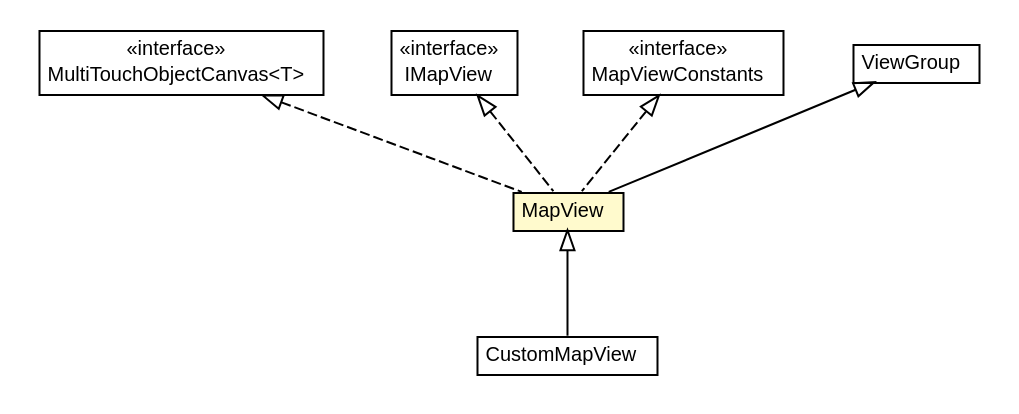
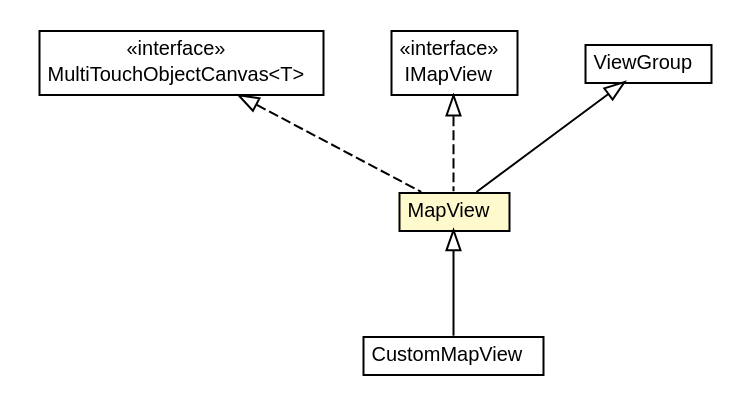
The diagram in javadocAll/org/osmdroid/views/MapView.dot (osmdroid/osmdroid), drawn with Graphviz before and after one commit. The commit also changed 5968 other files, not shown here.

```diff
--- a/javadocAll/org/osmdroid/views/MapView.dot
+++ b/javadocAll/org/osmdroid/views/MapView.dot
@@ -1,61 +1,52 @@
 #!/usr/local/bin/dot
 #
 # Class diagram 
 # Generated by UMLGraph version R5_6-24-gf6e263 (http://www.umlgraph.org/)
 #
 
 digraph G {
 	edge [fontname="arial",fontsize=10,labelfontname="arial",labelfontsize=10];
 	node [fontname="arial",fontsize=10,shape=plaintext];
 	nodesep=0.25;
 	ranksep=0.5;
 	// org.osmdroid.samplefragments.layouts.CustomMapView
-	c89007 [label=<<table title="org.osmdroid.samplefragments.layouts.CustomMapView" border="0" cellborder="1" cellspacing="0" cellpadding="2" port="p" href="../samplefragments/layouts/CustomMapView.html">
+	c149226 [label=<<table title="org.osmdroid.samplefragments.layouts.CustomMapView" border="0" cellborder="1" cellspacing="0" cellpadding="2" port="p" href="../samplefragments/layouts/CustomMapView.html">
 		<tr><td><table border="0" cellspacing="0" cellpadding="1">
 <tr><td align="center" balign="center"> CustomMapView </td></tr>
 		</table></td></tr>
 		</table>>, URL="../samplefragments/layouts/CustomMapView.html", fontname="arial", fontcolor="black", fontsize=10.0];
 	// org.metalev.multitouch.controller.MultiTouchController.MultiTouchObjectCanvas<T>
-	c89066 [label=<<table title="org.metalev.multitouch.controller.MultiTouchController.MultiTouchObjectCanvas" border="0" cellborder="1" cellspacing="0" cellpadding="2" port="p" href="../../metalev/multitouch/controller/MultiTouchController.MultiTouchObjectCanvas.html">
+	c149311 [label=<<table title="org.metalev.multitouch.controller.MultiTouchController.MultiTouchObjectCanvas" border="0" cellborder="1" cellspacing="0" cellpadding="2" port="p" href="../../metalev/multitouch/controller/MultiTouchController.MultiTouchObjectCanvas.html">
 		<tr><td><table border="0" cellspacing="0" cellpadding="1">
 <tr><td align="center" balign="center"> &#171;interface&#187; </td></tr>
 <tr><td align="center" balign="center"> MultiTouchObjectCanvas&lt;T&gt; </td></tr>
 		</table></td></tr>
 		</table>>, URL="../../metalev/multitouch/controller/MultiTouchController.MultiTouchObjectCanvas.html", fontname="arial", fontcolor="black", fontsize=10.0];
 	// org.osmdroid.api.IMapView
-	c89069 [label=<<table title="org.osmdroid.api.IMapView" border="0" cellborder="1" cellspacing="0" cellpadding="2" port="p" href="../api/IMapView.html">
+	c149314 [label=<<table title="org.osmdroid.api.IMapView" border="0" cellborder="1" cellspacing="0" cellpadding="2" port="p" href="../api/IMapView.html">
 		<tr><td><table border="0" cellspacing="0" cellpadding="1">
 <tr><td align="center" balign="center"> &#171;interface&#187; </td></tr>
 <tr><td align="center" balign="center"> IMapView </td></tr>
 		</table></td></tr>
 		</table>>, URL="../api/IMapView.html", fontname="arial", fontcolor="black", fontsize=10.0];
 	// org.osmdroid.views.MapView
-	c89170 [label=<<table title="org.osmdroid.views.MapView" border="0" cellborder="1" cellspacing="0" cellpadding="2" port="p" bgcolor="lemonChiffon" href="./MapView.html">
+	c149427 [label=<<table title="org.osmdroid.views.MapView" border="0" cellborder="1" cellspacing="0" cellpadding="2" port="p" bgcolor="lemonChiffon" href="./MapView.html">
 		<tr><td><table border="0" cellspacing="0" cellpadding="1">
 <tr><td align="center" balign="center"> MapView </td></tr>
 		</table></td></tr>
 		</table>>, URL="./MapView.html", fontname="arial", fontcolor="black", fontsize=10.0];
-	// org.osmdroid.views.util.constants.MapViewConstants
-	c89235 [label=<<table title="org.osmdroid.views.util.constants.MapViewConstants" border="0" cellborder="1" cellspacing="0" cellpadding="2" port="p" href="./util/constants/MapViewConstants.html">
-		<tr><td><table border="0" cellspacing="0" cellpadding="1">
-<tr><td align="center" balign="center"> &#171;interface&#187; </td></tr>
-<tr><td align="center" balign="center"> MapViewConstants </td></tr>
-		</table></td></tr>
-		</table>>, URL="./util/constants/MapViewConstants.html", fontname="arial", fontcolor="black", fontsize=10.0];
 	//org.osmdroid.samplefragments.layouts.CustomMapView extends org.osmdroid.views.MapView
-	c89170:p -> c89007:p [dir=back,arrowtail=empty];
+	c149427:p -> c149226:p [dir=back,arrowtail=empty];
 	//org.osmdroid.views.MapView extends ViewGroup
-	c89276:p -> c89170:p [dir=back,arrowtail=empty];
+	c149589:p -> c149427:p [dir=back,arrowtail=empty];
 	//org.osmdroid.views.MapView implements org.osmdroid.api.IMapView
-	c89069:p -> c89170:p [dir=back,arrowtail=empty,style=dashed];
-	//org.osmdroid.views.MapView implements org.osmdroid.views.util.constants.MapViewConstants
-	c89235:p -> c89170:p [dir=back,arrowtail=empty,style=dashed];
+	c149314:p -> c149427:p [dir=back,arrowtail=empty,style=dashed];
 	//org.osmdroid.views.MapView implements org.metalev.multitouch.controller.MultiTouchController.MultiTouchObjectCanvas<T>
-	c89066:p -> c89170:p [dir=back,arrowtail=empty,style=dashed];
+	c149311:p -> c149427:p [dir=back,arrowtail=empty,style=dashed];
 	// ViewGroup
-	c89276[label=<<table title="ViewGroup" border="0" cellborder="1" cellspacing="0" cellpadding="2" port="p" href="http://java.sun.com/j2se/1.4.2/docs/api//ViewGroup.html">
+	c149589[label=<<table title="ViewGroup" border="0" cellborder="1" cellspacing="0" cellpadding="2" port="p" href="http://java.sun.com/j2se/1.4.2/docs/api//ViewGroup.html">
 		<tr><td><table border="0" cellspacing="0" cellpadding="1">
 <tr><td align="center" balign="center"> ViewGroup </td></tr>
 		</table></td></tr>
 		</table>>, fontname="arial", fontcolor="black", fontsize=10.0];
 }
```
